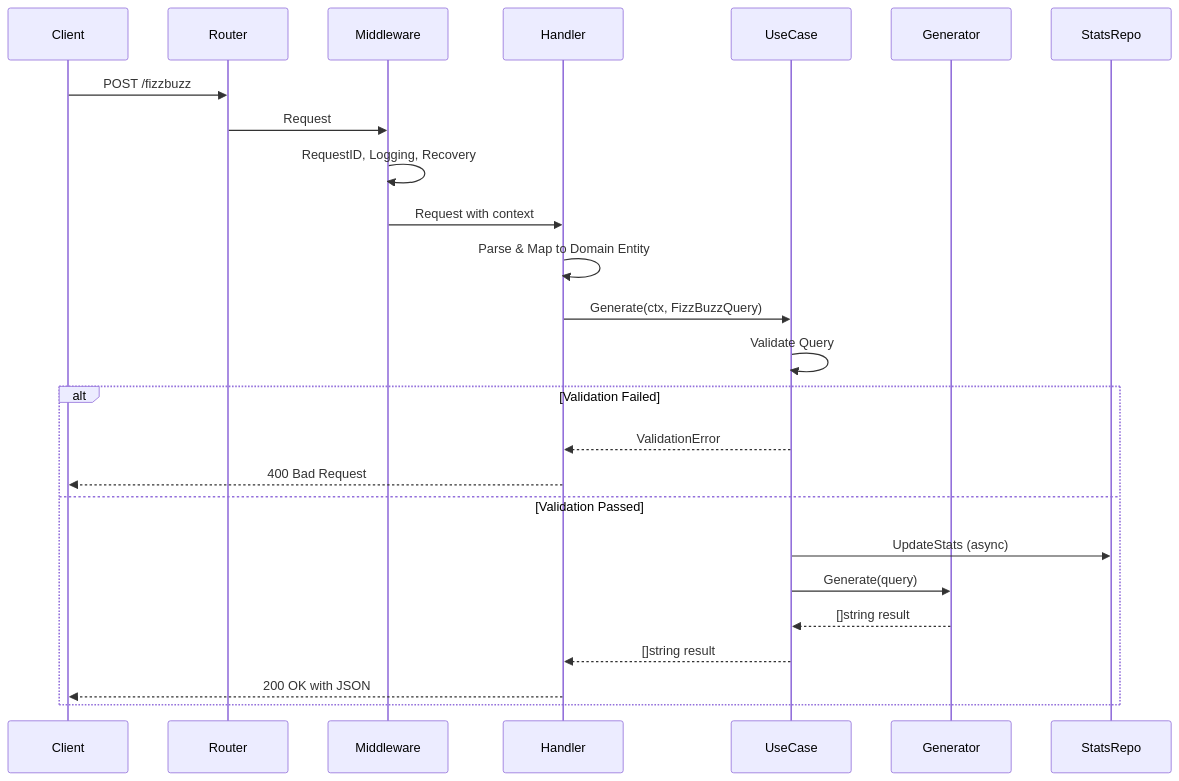
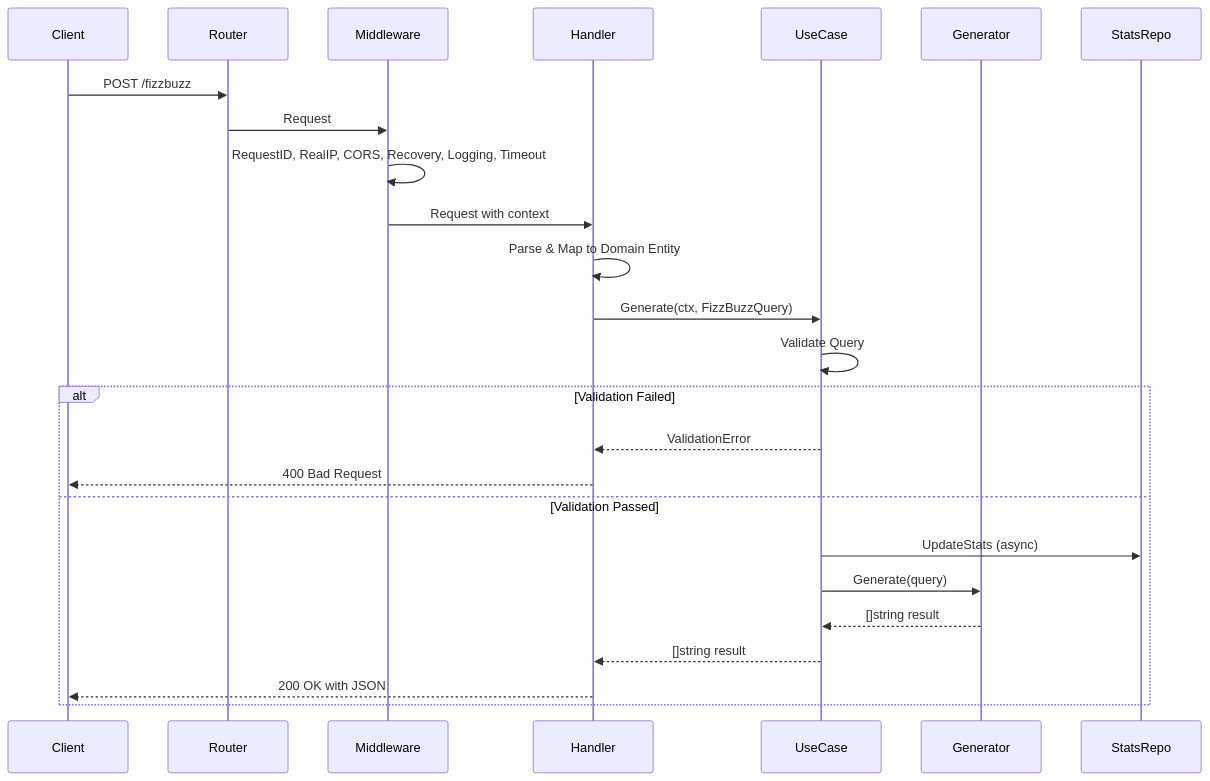
The second of 4 diagrams in README.md (KoHorizon/fizzbuzz-server), drawn with Mermaid before and after one commit. The commit also changed other lines of this file, not shown here.

````diff
--- a/README.md
+++ b/README.md
@@ -136,29 +136,29 @@
 ```mermaid
 sequenceDiagram
     participant C as Client
     participant R as Router
     participant M as Middleware
     participant H as Handler
     participant UC as UseCase
     participant G as Generator
     participant S as StatsRepo
 
     C->>R: POST /fizzbuzz
     R->>M: Request
-    M->>M: RequestID, Logging, Recovery
+    M->>M: RequestID, RealIP, CORS, Recovery, Logging, Timeout
     M->>H: Request with context
     H->>H: Parse & Map to Domain Entity
     H->>UC: Generate(ctx, FizzBuzzQuery)
     UC->>UC: Validate Query
     
     alt Validation Failed
         UC-->>H: ValidationError
         H-->>C: 400 Bad Request
     else Validation Passed
         UC->>S: UpdateStats (async)
         UC->>G: Generate(query)
         G-->>UC: []string result
         UC-->>H: []string result
         H-->>C: 200 OK with JSON
     end
 ```
````
